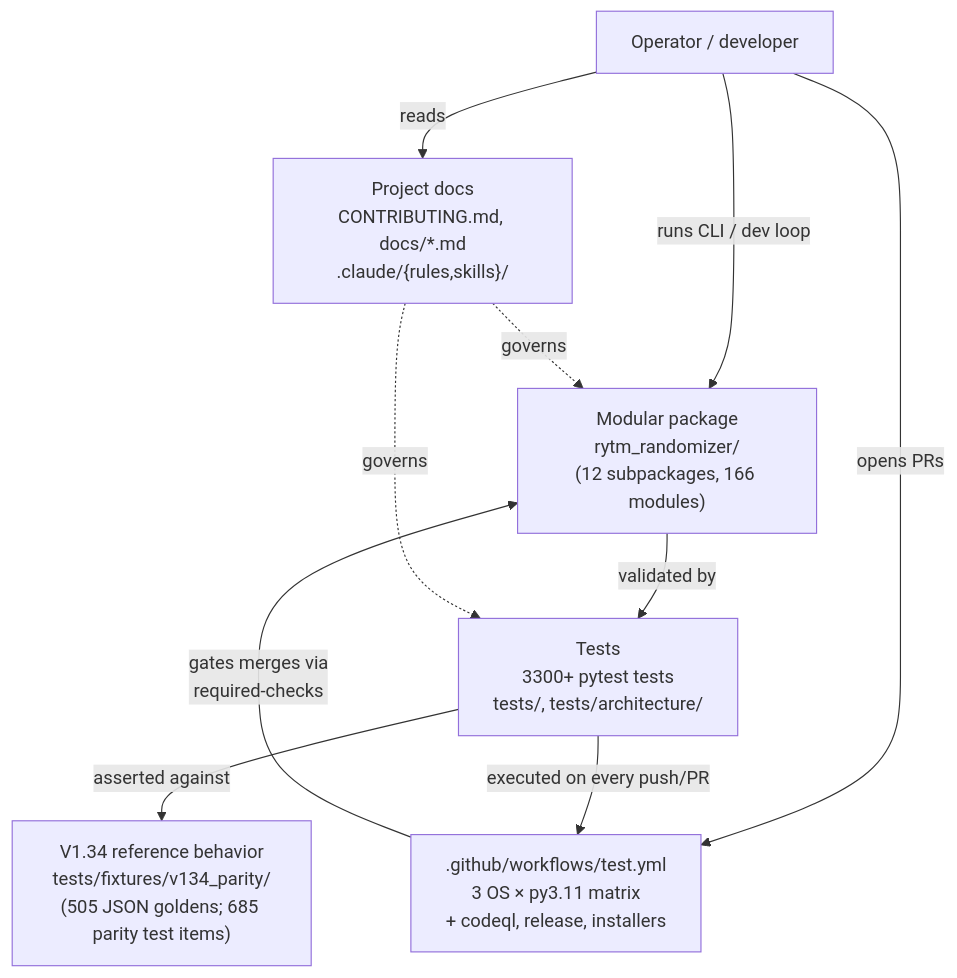
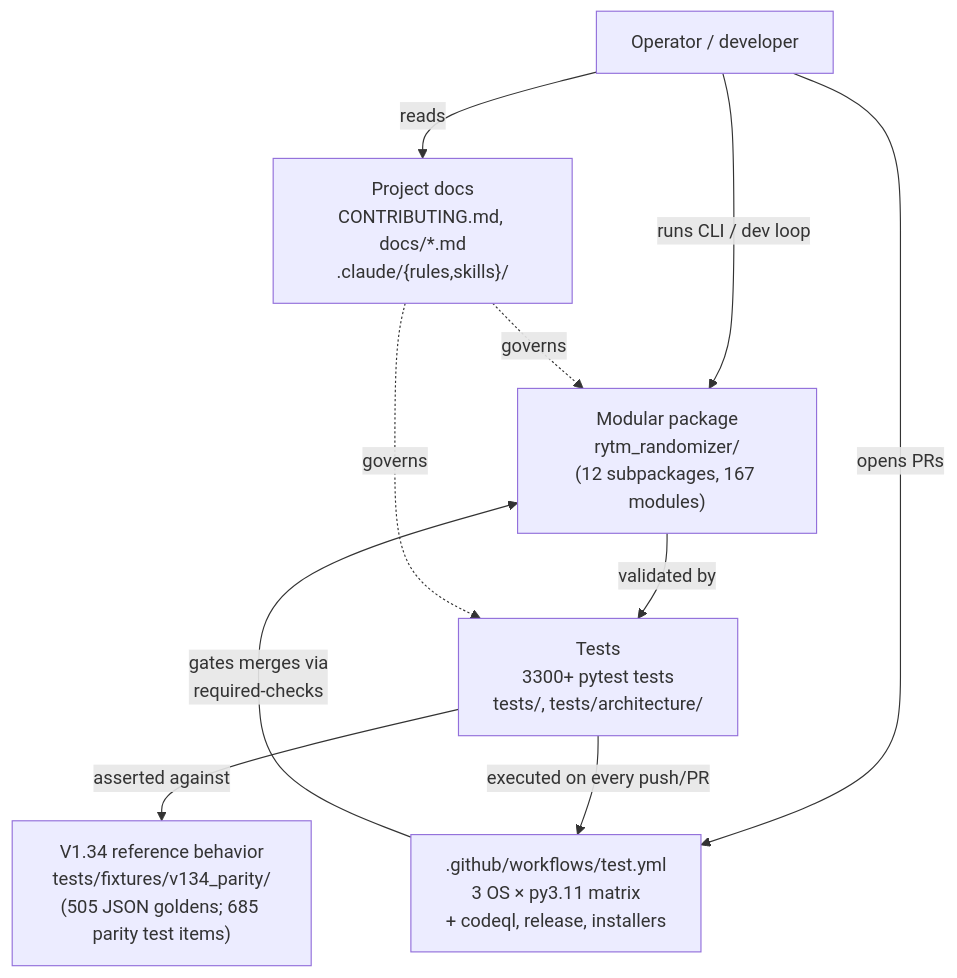
Before and after one commit to buzzijose-hub/RytmRandomizer: the first of 26 diagrams in docs/ARCHITECTURE_DIAGRAMS.md, drawn with Mermaid. The commit also changed other lines of this file and 14 other files, not shown here.

````diff
--- a/docs/ARCHITECTURE_DIAGRAMS.md
+++ b/docs/ARCHITECTURE_DIAGRAMS.md
@@ -47,22 +47,22 @@
 ```mermaid
 flowchart TB
     User["Operator / developer"]
     V134["V1.34 reference behavior<br/>tests/fixtures/v134_parity/<br/>(505 JSON goldens; 685 parity test items)"]
-    Package["Modular package<br/>rytm_randomizer/<br/>(12 subpackages, 166 modules)"]
+    Package["Modular package<br/>rytm_randomizer/<br/>(12 subpackages, 167 modules)"]
     Tests["Tests<br/>3300+ pytest tests<br/>tests/, tests/architecture/"]
     CI[".github/workflows/test.yml<br/>3 OS × py3.11 matrix<br/>+ codeql, release, installers"]
     Docs["Project docs<br/>CONTRIBUTING.md, docs/*.md<br/>.claude/{rules,skills}/"]
 
     User -->|"runs CLI / dev loop"| Package
     User -->|"opens PRs"| CI
     User -->|"reads"| Docs
 
     Package -->|"validated by"| Tests
     Tests -->|"asserted against"| V134
     Tests -->|"executed on every push/PR"| CI
 
     CI -->|"gates merges via<br/>required-checks"| Package
 
     Docs -.->|"governs"| Package
     Docs -.->|"governs"| Tests
 ```
````
